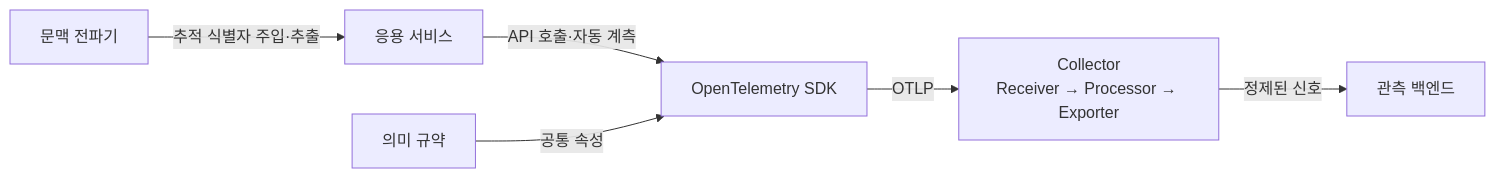
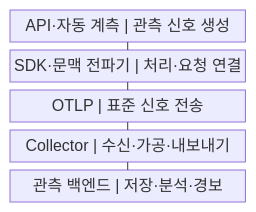
Before and after one commit to agnusdei1207/knowledge-base: the first of 2 diagrams in src/content/docs/notes/03-software/162_opentelemetry.md, drawn with Mermaid. The commit also changed other lines of this file and 20 other files, not shown here.

````diff
--- a/src/content/docs/notes/03-software/162_opentelemetry.md
+++ b/src/content/docs/notes/03-software/162_opentelemetry.md
@@ -56,8 +56,13 @@
 ```mermaid
-flowchart LR
-    A["응용 서비스"] -->|"API 호출·자동 계측"| S["OpenTelemetry SDK"]
-    P["문맥 전파기"] -->|"추적 식별자 주입·추출"| A
-    C["의미 규약"] -->|"공통 속성"| S
-    S -->|"OTLP"| R["Collector<br/>Receiver → Processor → Exporter"]
-    R -->|"정제된 신호"| B["관측 백엔드"]
+block
+    columns 1
+    A["API·자동 계측 | 관측 신호 생성"]
+    B["SDK·문맥 전파기 | 처리·요청 연결"]
+    C["OTLP | 표준 신호 전송"]
+    D["Collector | 수신·가공·내보내기"]
+    E["관측 백엔드 | 저장·분석·경보"]
+    A --- B
+    B --- C
+    C --- D
+    D --- E
 ```
````
